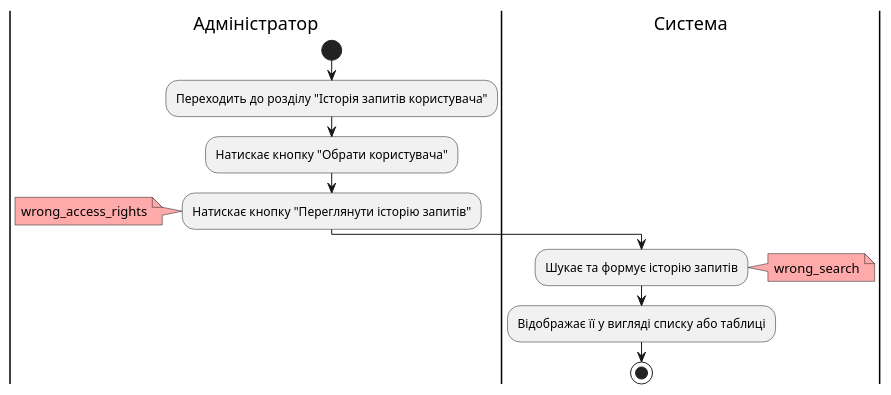
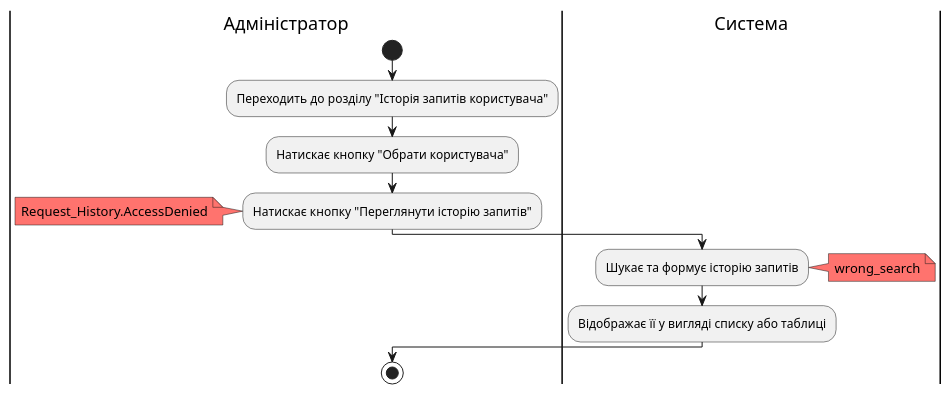
Before and after one commit to nonGratis/retarder-io-23-3: diagram 14 of 18 in docs/use cases/README.md, drawn with PlantUML. The commit also changed other lines of this file and 2 other files, not shown here.

````diff
--- a/docs/use cases/README.md
+++ b/docs/use cases/README.md
@@ -213,19 +454,18 @@
-```plantuml
 @startuml
 |Адміністратор| 
     start
     :Переходить до розділу "Історія запитів користувача";
     :Натискає кнопку "Обрати користувача";
     :Натискає кнопку "Переглянути історію запитів";
-    note left #ffaaaa
-    wrong_access_rights
-end note
+        note left #FF736E
+            Request_History.AccessDenied
+        end note
 |Система|
     :Шукає та формує історію запитів;
-    note right #ffaaaa
-    wrong_search
-end note
+        note right #FF736E
+            wrong_search
+        end note
     :Відображає її у вигляді списку або таблиці;
+|Адміністратор|
     stop
 @enduml
-```
````
